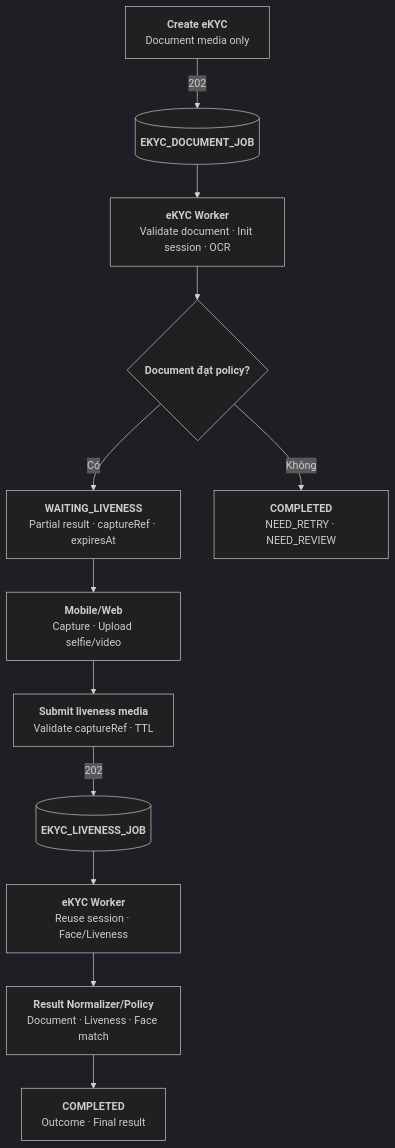
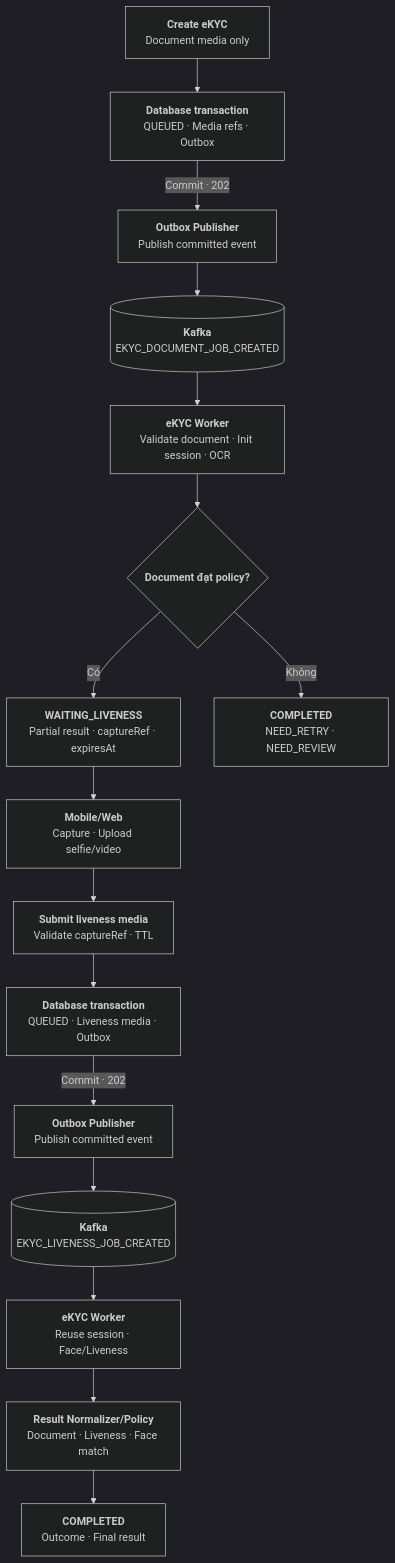
Before and after one commit to huynv-xyz/vhm: the sixth of 8 diagrams in noxh-ekyc.md, drawn with Mermaid (dark theme). The commit also changed other lines of this file, not shown here.

````diff
--- a/noxh-ekyc.md
+++ b/noxh-ekyc.md
@@ -347,30 +403,42 @@
 ```mermaid
 flowchart TB
     CREATE["`**Create eKYC**
 Document media only`"]
-    DOC_JOB[("`**EKYC_DOCUMENT_JOB**`")]
+    DOC_ACCEPT["`**Database transaction**
+QUEUED · Media refs · Outbox`"]
+    DOC_PUBLISH["`**Outbox Publisher**
+Publish committed event`"]
+    DOC_JOB[("`**Kafka**
+EKYC_DOCUMENT_JOB_CREATED`")]
     OCR_WORKER["`**eKYC Worker**
 Validate document · Init session · OCR`"]
     DOC_CHECK{"`**Document đạt policy?**`"}
     WAIT["`**WAITING_LIVENESS**
 Partial result · captureRef · expiresAt`"]
     DOC_END["`**COMPLETED**
 NEED_RETRY · NEED_REVIEW`"]
     CAPTURE["`**Mobile/Web**
 Capture · Upload selfie/video`"]
     SUBMIT["`**Submit liveness media**
 Validate captureRef · TTL`"]
-    LIVE_JOB[("`**EKYC_LIVENESS_JOB**`")]
+    LIVE_ACCEPT["`**Database transaction**
+QUEUED · Liveness media · Outbox`"]
+    LIVE_PUBLISH["`**Outbox Publisher**
+Publish committed event`"]
+    LIVE_JOB[("`**Kafka**
+EKYC_LIVENESS_JOB_CREATED`")]
     LIVE_WORKER["`**eKYC Worker**
 Reuse session · Face/Liveness`"]
     POLICY["`**Result Normalizer/Policy**
 Document · Liveness · Face match`"]
     DONE["`**COMPLETED**
 Outcome · Final result`"]
 
-    CREATE -->|"202"| DOC_JOB --> OCR_WORKER --> DOC_CHECK
+    CREATE --> DOC_ACCEPT -->|"Commit · 202"| DOC_PUBLISH --> DOC_JOB
+    DOC_JOB --> OCR_WORKER --> DOC_CHECK
     DOC_CHECK -->|"Có"| WAIT
     DOC_CHECK -->|"Không"| DOC_END
-    WAIT --> CAPTURE --> SUBMIT -->|"202"| LIVE_JOB
+    WAIT --> CAPTURE --> SUBMIT --> LIVE_ACCEPT
+    LIVE_ACCEPT -->|"Commit · 202"| LIVE_PUBLISH --> LIVE_JOB
     LIVE_JOB --> LIVE_WORKER --> POLICY --> DONE
 ```
````
